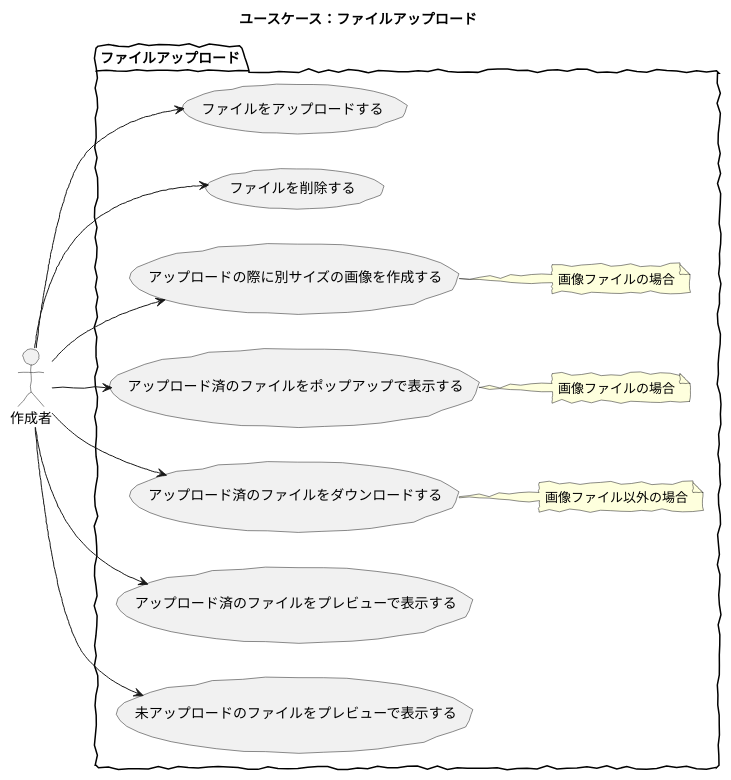
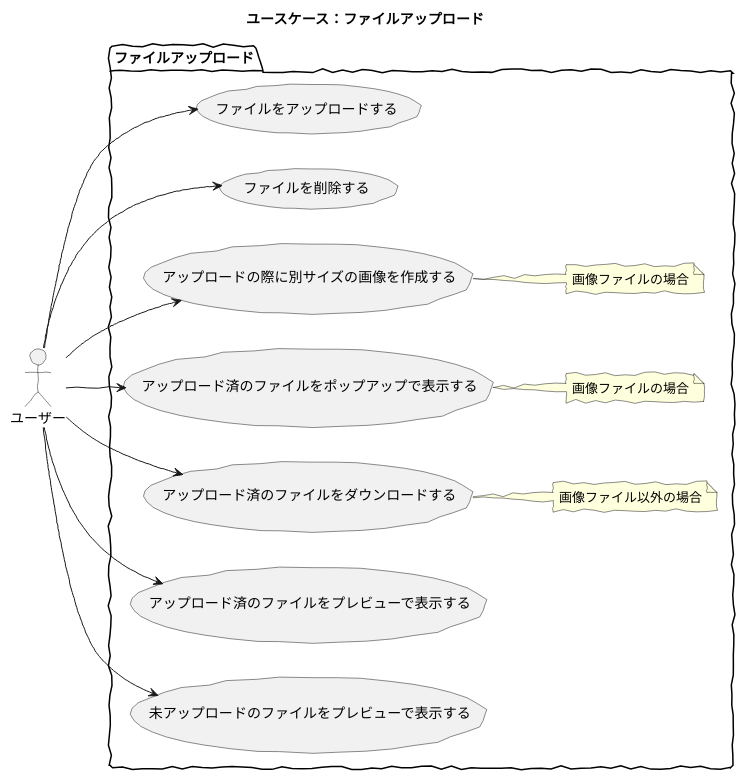
The diagram in src/puml/5/ucmitz/svg/use_case/upload.puml (baserproject/baserproject.github.io), drawn with PlantUML before and after one commit. The commit also changed 19 other files, not shown here.

```diff
--- a/src/puml/5/ucmitz/svg/use_case/upload.puml
+++ b/src/puml/5/ucmitz/svg/use_case/upload.puml
@@ -1,30 +1,30 @@
 @startuml
 skinparam handwritten true
 skinparam backgroundColor white
 
 title ユースケース：ファイルアップロード
 
-actor 作成者
+actor ユーザー
 
 package ファイルアップロード {
 	left to right direction
-	作成者 --> (ファイルをアップロードする)
-	作成者 --> (ファイルを削除する)
-	作成者 --> (アップロードの際に別サイズの画像を作成する)
+	ユーザー --> (ファイルをアップロードする)
+	ユーザー --> (ファイルを削除する)
+	ユーザー --> (アップロードの際に別サイズの画像を作成する)
 		note right of アップロードの際に別サイズの画像を作成する
 		画像ファイルの場合
 		endnote
-	作成者 --> (アップロード済のファイルをポップアップで表示する)
+	ユーザー --> (アップロード済のファイルをポップアップで表示する)
 		note right of アップロード済のファイルをポップアップで表示する
 		画像ファイルの場合
 		endnote
-	作成者 --> (アップロード済のファイルをダウンロードする)
+	ユーザー --> (アップロード済のファイルをダウンロードする)
 		note right of アップロード済のファイルをダウンロードする
 		画像ファイル以外の場合
 		endnote
-	作成者 --> (アップロード済のファイルをプレビューで表示する)
-	作成者 --> (未アップロードのファイルをプレビューで表示する)
+	ユーザー --> (アップロード済のファイルをプレビューで表示する)
+	ユーザー --> (未アップロードのファイルをプレビューで表示する)
 }
 
 
 @enduml
```
